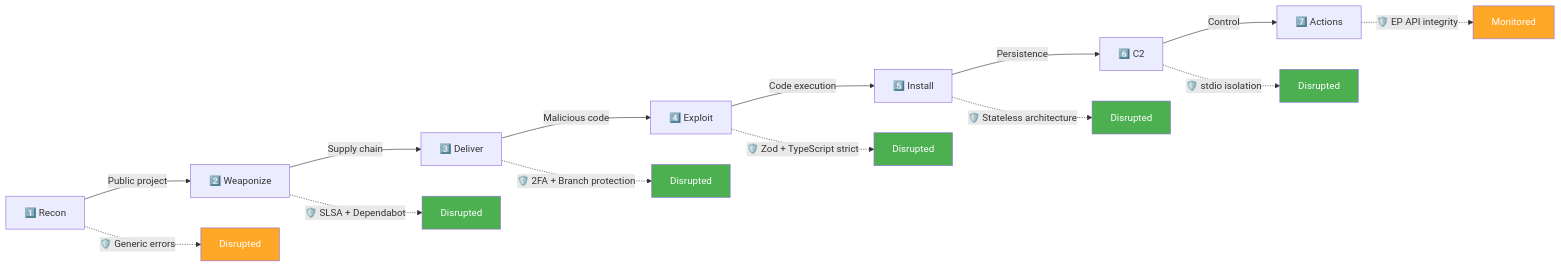
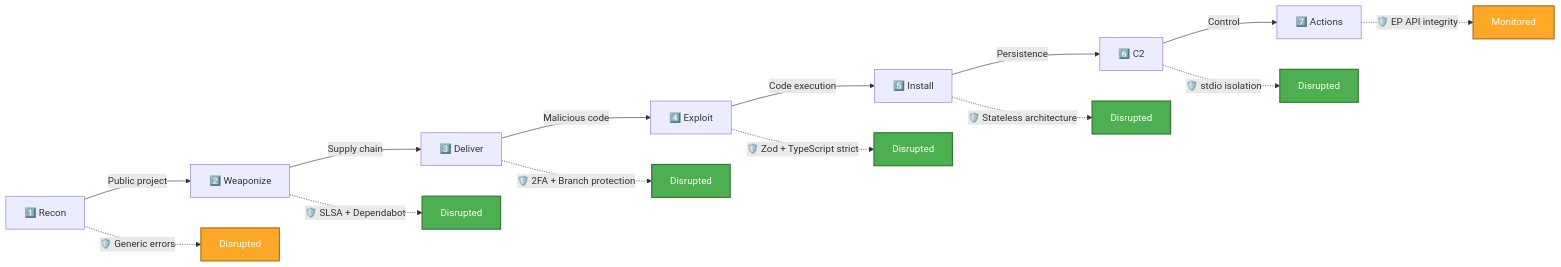
One commit to Hack23/European-Parliament-MCP-Server changed the fourth of 21 diagrams in THREAT_MODEL.md. Above: the diagram before and after it, drawn with Mermaid. The commit also changed other lines of this file and 17 other files, not shown here.

````diff
--- a/THREAT_MODEL.md
+++ b/THREAT_MODEL.md
@@ -541,32 +541,39 @@
 ```mermaid
 graph LR
     R[1️⃣ Recon] -->|Public project| W[2️⃣ Weaponize]
     W -->|Supply chain| D[3️⃣ Deliver]
     D -->|Malicious code| E[4️⃣ Exploit]
     E -->|Code execution| I[5️⃣ Install]
     I -->|Persistence| C[6️⃣ C2]
     C -->|Control| A[7️⃣ Actions]
 
     R -.->|🛡️ Generic errors| RD[Disrupted]
     W -.->|🛡️ SLSA + Dependabot| WD[Disrupted]
     D -.->|🛡️ 2FA + Branch protection| DD[Disrupted]
     E -.->|🛡️ Zod + TypeScript strict| ED[Disrupted]
     I -.->|🛡️ Stateless architecture| ID[Disrupted]
     C -.->|🛡️ stdio isolation| CD[Disrupted]
     A -.->|🛡️ EP API integrity| AD[Monitored]
 
-    style RD fill:#ffa726,color:#ffffff
+    style RD fill:#ffa726,stroke:#b2741a,stroke-width:2px,color:#ffffff
 
-    style WD fill:#4CAF50,color:#ffffff
 
-    style DD fill:#4CAF50,color:#ffffff
+    style WD fill:#4CAF50,stroke:#357a38,stroke-width:2px,color:#ffffff
 
-    style ED fill:#4CAF50,color:#ffffff
 
-    style ID fill:#4CAF50,color:#ffffff
+    style DD fill:#4CAF50,stroke:#357a38,stroke-width:2px,color:#ffffff
 
-    style CD fill:#4CAF50,color:#ffffff
 
-    style AD fill:#ffa726,color:#ffffff
+    style ED fill:#4CAF50,stroke:#357a38,stroke-width:2px,color:#ffffff
+
+
+    style ID fill:#4CAF50,stroke:#357a38,stroke-width:2px,color:#ffffff
+
+
+    style CD fill:#4CAF50,stroke:#357a38,stroke-width:2px,color:#ffffff
+
+
+    style AD fill:#ffa726,stroke:#b2741a,stroke-width:2px,color:#ffffff
+
 
 ```
````
